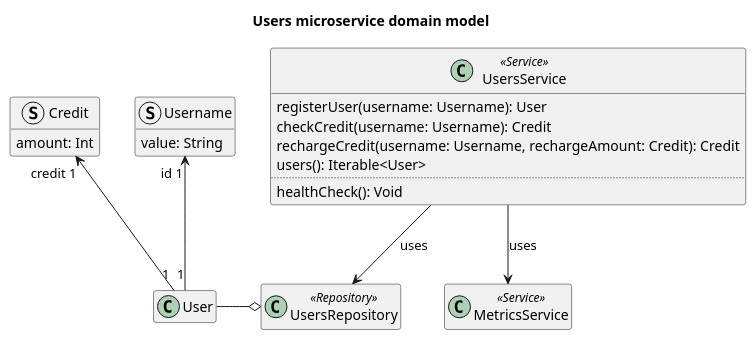
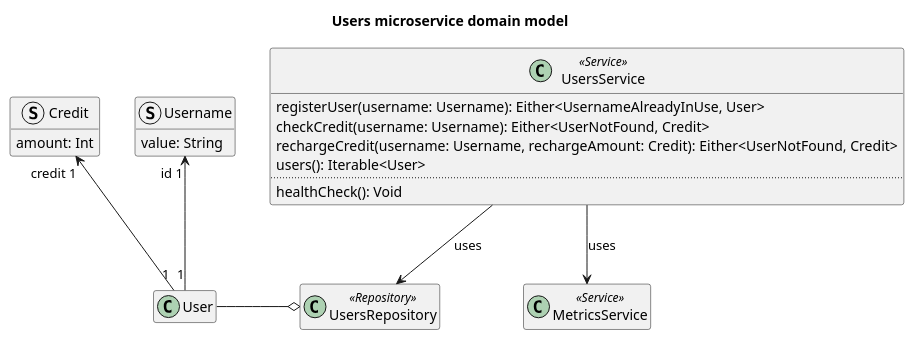
The diagram in doc/diagrams/src/users-microservice-domain-model.puml (Ventus218/SAP-assignment-02), drawn with PlantUML before and after one commit. The commit also changed 1 other file, not shown here.

Commit message:
Synced diagrams with code

```diff
--- a/doc/diagrams/src/users-microservice-domain-model.puml
+++ b/doc/diagrams/src/users-microservice-domain-model.puml
@@ -1,36 +1,36 @@
 @startuml users-microservice-domain-model
 
 title Users microservice domain model
 
 class User {}
 
 struct Username {
     value: String
 }
 User "1" -u-> "id 1" Username
 
 struct Credit {
     amount: Int
 }
 User "1" -u-> "credit 1" Credit
 
 class UsersRepository <<Repository>>
 UsersRepository o-l- User
 
 class UsersService <<Service>> {
-    registerUser(username: Username): User
-    checkCredit(username: Username): Credit
-    rechargeCredit(username: Username, rechargeAmount: Credit): Credit
+    registerUser(username: Username): Either<UsernameAlreadyInUse, User>
+    checkCredit(username: Username): Either<UserNotFound, Credit>
+    rechargeCredit(username: Username, rechargeAmount: Credit): Either<UserNotFound, Credit>
     users(): Iterable<User>
     ..
     healthCheck(): Void
 }
 
 UsersService --> UsersRepository : "uses"
 
 class MetricsService <<Service>>
 UsersService --> MetricsService : "uses"
 
 hide empty members
 
 @enduml
```
